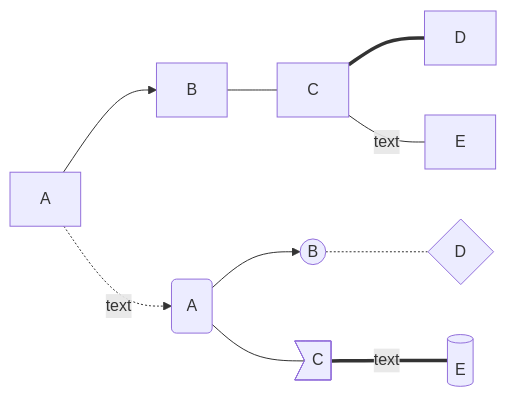
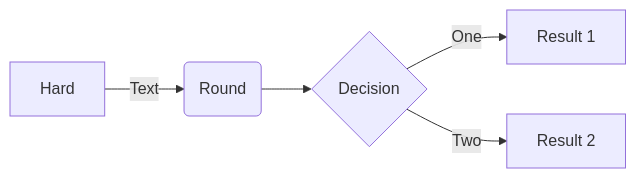
One commit to Tiphereth-A/Tiphereth-A.github.io changed the first of 7 diagrams in source/_posts/test-mermaid.md. Above: the diagram before and after it, drawn with Mermaid. The commit also changed other lines of this file and 1 other file, not shown here.

Commit message:
feat: update test-mermaid

````diff
--- a/source/_posts/test-mermaid.md
+++ b/source/_posts/test-mermaid.md
@@ -16,12 +25,8 @@
 ```mermaid
 flowchart LR
-A-->B
-B---C
-C===D
-C--text---E
-id1(A)-->id2((B))
-id1---id3>C]
-id2-.-id4{D}
-A-.text.->id1
-id3==text===id5[(E)]
+
+A[Hard] -->|Text| B(Round)
+B --> C{Decision}
+C -->|One| D[Result 1]
+C -->|Two| E[Result 2]
 ```
````
